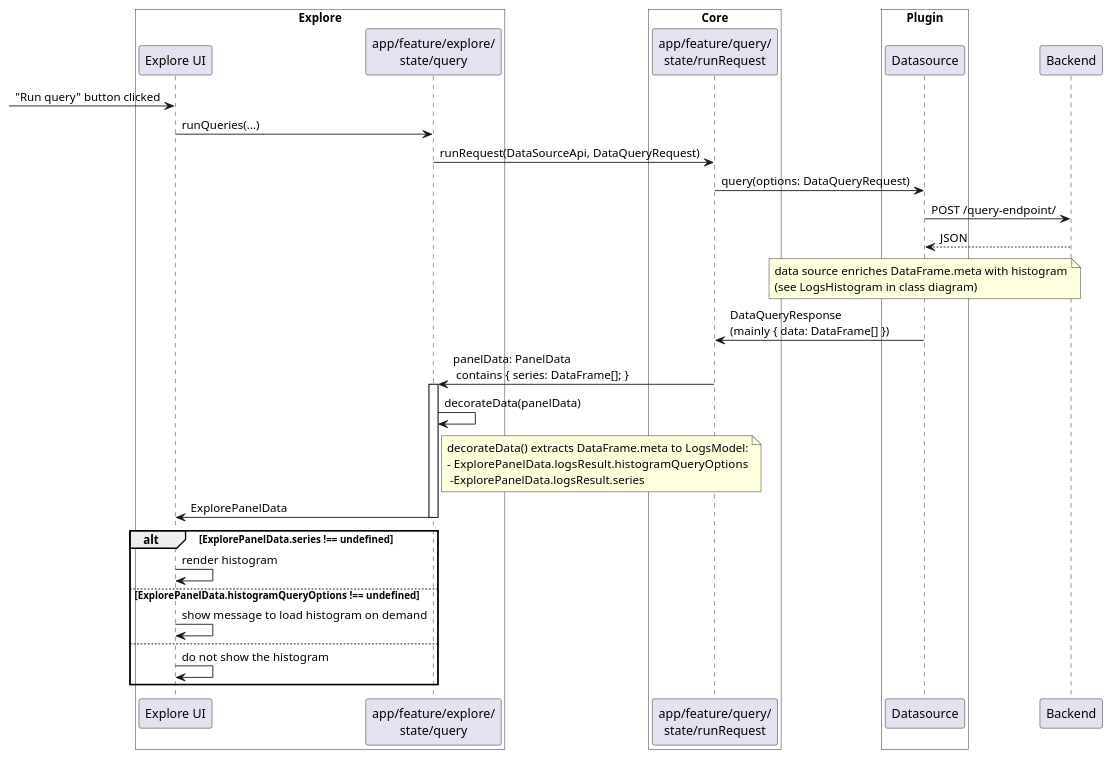
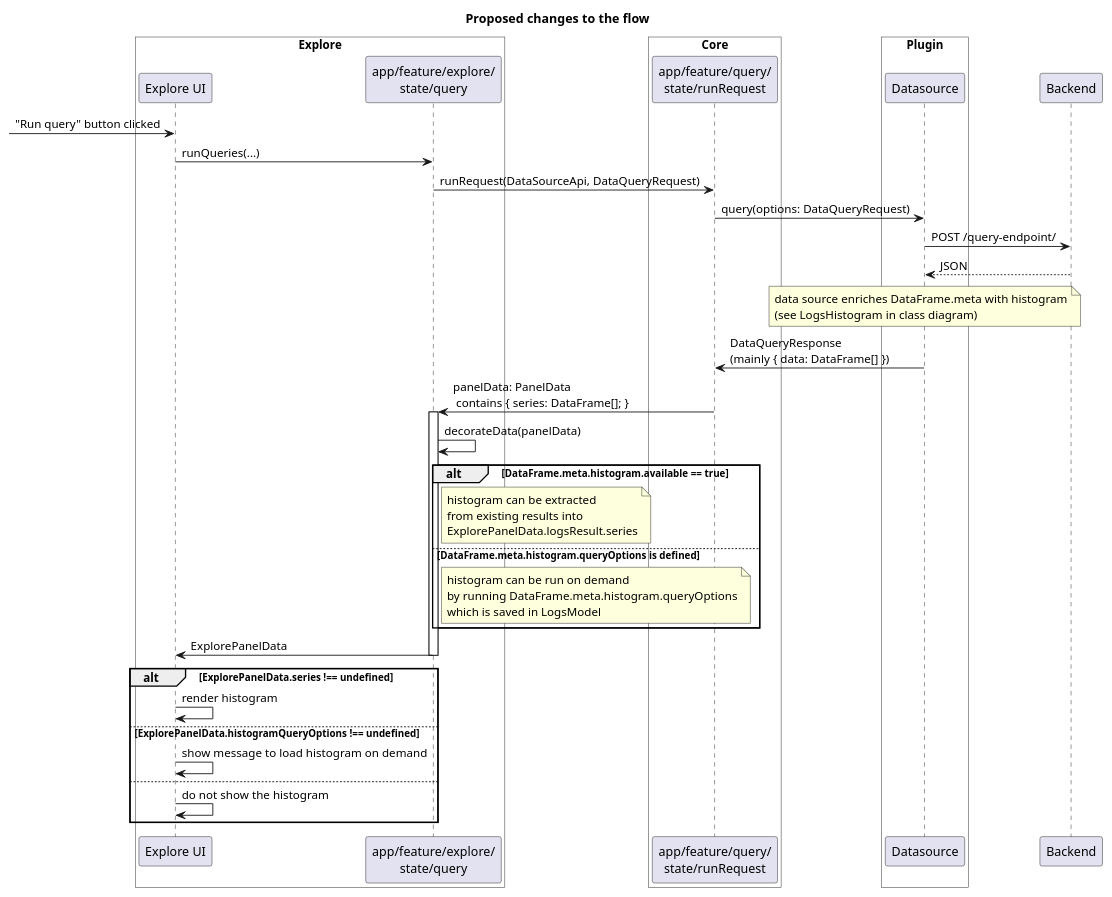
One commit to De30/grafana changed the diagram in public/app/plugins/datasource/loki/docs/full-range-histogram/histogram.puml. Above: the diagram before and after it, drawn with PlantUML. The commit also changed 3 other files, not shown here.

Commit message:
Diagrams v2

```diff
--- a/public/app/plugins/datasource/loki/docs/full-range-histogram/histogram.puml
+++ b/public/app/plugins/datasource/loki/docs/full-range-histogram/histogram.puml
@@ -1,41 +1,49 @@
 @startuml
+
+title Proposed changes to the flow
 
 box "Explore" #white
 participant "Explore UI" as UI
 participant "app/feature/explore/\nstate/query" as S
 endbox
 
 box "Core" #white
 participant "app/feature/query/\nstate/runRequest" as S2
 endbox
 
 box "Plugin" #white
 participant Datasource as DS
 endbox
 
 participant Backend as B
 
 -> UI : "Run query" button clicked
 UI -> S : runQueries(...)
 S -> S2 : runRequest(DataSourceApi, DataQueryRequest)
 S2 -> DS : query(options: DataQueryRequest)
 DS -> B : POST /query-endpoint/
 DS <-- B : JSON
 note over DS: data source enriches DataFrame.meta with histogram\n(see LogsHistogram in class diagram)
 S2 <- DS : DataQueryResponse\n(mainly { data: DataFrame[] })
 S <- S2 : panelData: PanelData\n contains { series: DataFrame[]; }
 activate S
 S -> S : decorateData(panelData)
-note right S : decorateData() extracts DataFrame.meta to LogsModel:\n-  ExplorePanelData.logsResult.histogramQueryOptions\n -ExplorePanelData.logsResult.series
+
+alt DataFrame.meta.histogram.available == true
+note right S : histogram can be extracted\nfrom existing results into\nExplorePanelData.logsResult.series
+else DataFrame.meta.histogram.queryOptions is defined
+note right S : histogram can be run on demand\nby running DataFrame.meta.histogram.queryOptions\nwhich is saved in LogsModel
+end
+
 UI <- S : ExplorePanelData
 deactivate S
 
 alt ExplorePanelData.series !== undefined
   UI -> UI : render histogram
 else ExplorePanelData.histogramQueryOptions !== undefined
   UI -> UI : show message to load histogram on demand
 else
   UI -> UI : do not show the histogram
 end
 
 @enduml
```
